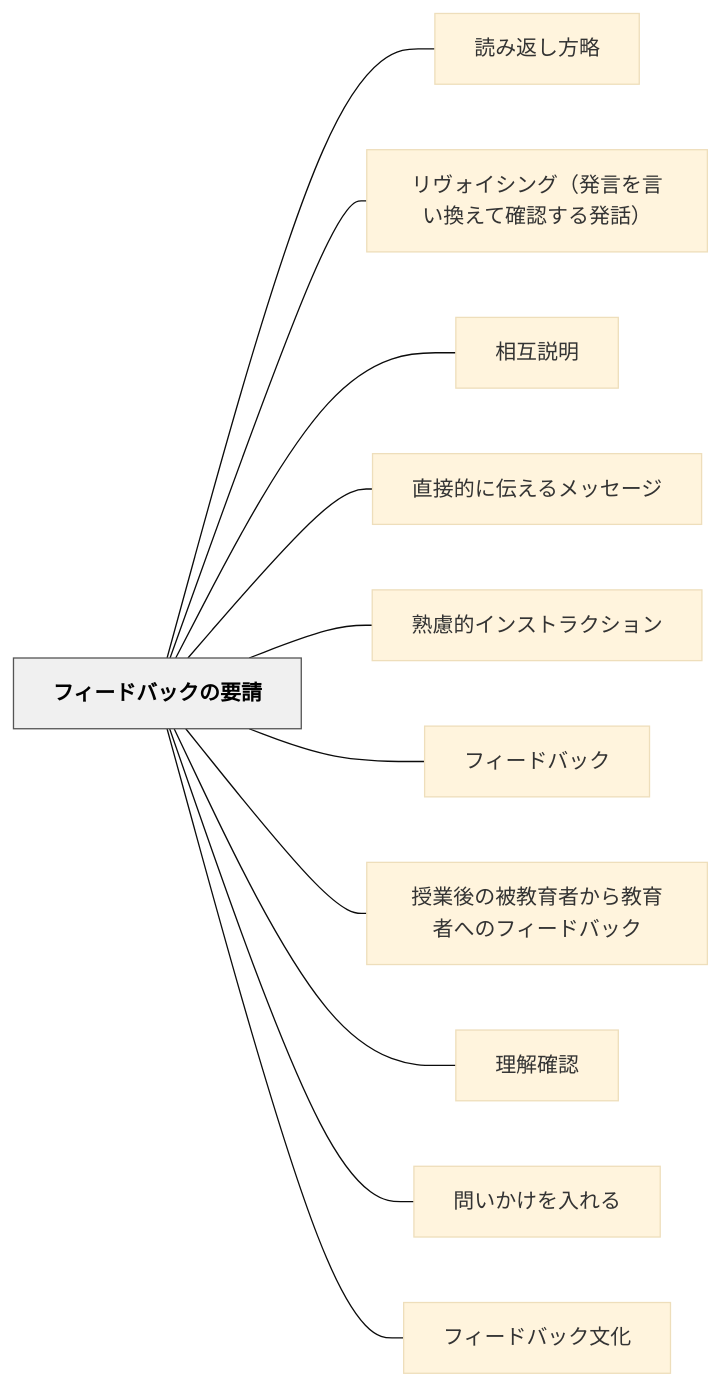
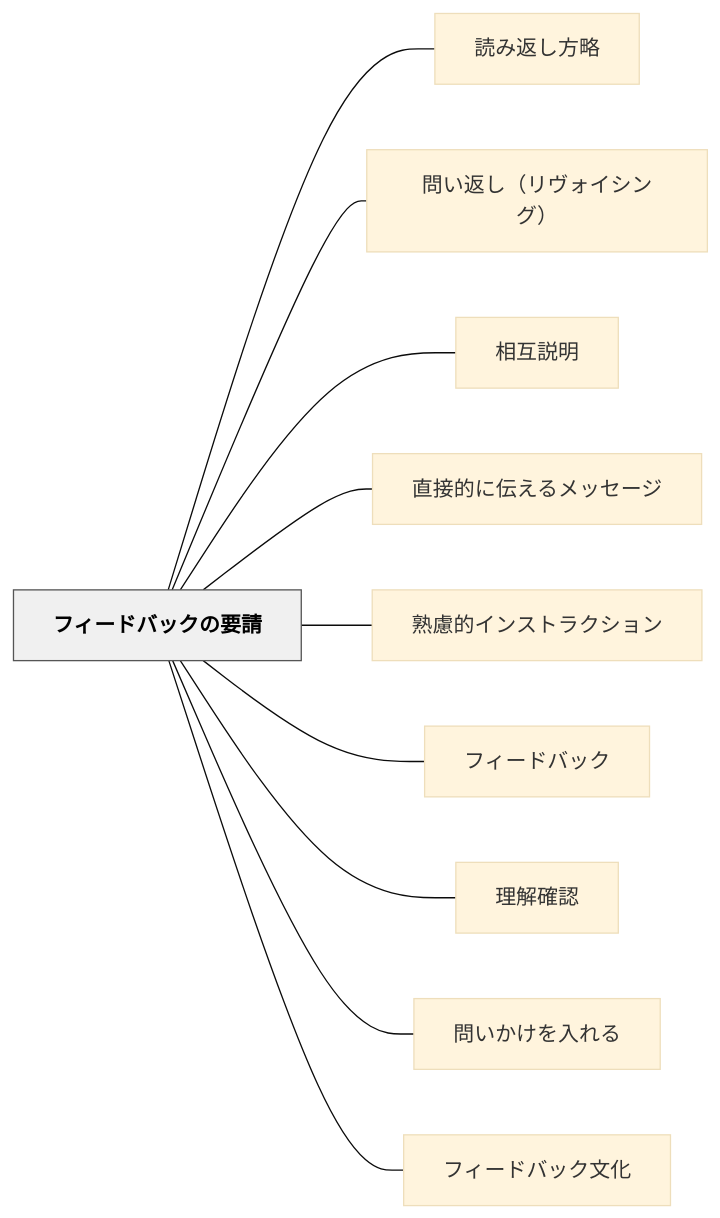
Before and after one commit to unknownthings-ed-patterns/unknownthings-ed-patterns: the diagram in content/パタン/フィードバックの要請.md, drawn with Mermaid (base theme). The commit also changed other lines of this file and 32 other files, not shown here.

````diff
--- a/content/パタン/フィードバックの要請.md
+++ b/content/パタン/フィードバックの要請.md
@@ -74,28 +74,26 @@
 ```mermaid
 flowchart LR
     ne38395e382a3e383bce38389e38390e38383e382afe381aee8a681e8ab8b["フィードバックの要請"]
     ne8aaade381bfe8bf94e38197e696b9e795a5["読み返し方略"]
-    ne383aae383b4e382a9e382a4e382b7e383b3e382b0efbc88e799bae8a880e38292e8a880e38184e68f9be38188e381a6e7a2bae8aa8de38199e3828be799bae8a9b1efbc89["リヴォイシング（発言を言い換えて確認する発話）"]
+    ne5958fe38184e8bf94e38197efbc88e383aae383b4e382a9e382a4e382b7e383b3e382b0efbc89["問い返し（リヴォイシング）"]
     ne79bb8e4ba92e8aaace6988e["相互説明"]
     ne79bb4e68ea5e79a84e381abe4bc9de38188e3828be383a1e38383e382bbe383bce382b8["直接的に伝えるメッセージ"]
     ne7869fe685aee79a84e382a4e383b3e382b9e38388e383a9e382afe382b7e383a7e383b3["熟慮的インストラクション"]
     ne38395e382a3e383bce38389e38390e38383e382af["フィードバック"]
-    ne68e88e6a5ade5be8ce381aee8a2abe69599e882b2e88085e3818be38289e69599e882b2e88085e381b8e381aee38395e382a3e383bce38389e38390e38383e382af["授業後の被教育者から教育者へのフィードバック"]
     ne79086e8a7a3e7a2bae8aa8d["理解確認"]
     ne5958fe38184e3818be38191e38292e585a5e3828ce3828b["問いかけを入れる"]
     ne38395e382a3e383bce38389e38390e38383e382afe69687e58c96["フィードバック文化"]
 
     ne38395e382a3e383bce38389e38390e38383e382afe381aee8a681e8ab8b --- ne8aaade381bfe8bf94e38197e696b9e795a5
-    ne38395e382a3e383bce38389e38390e38383e382afe381aee8a681e8ab8b --- ne383aae383b4e382a9e382a4e382b7e383b3e382b0efbc88e799bae8a880e38292e8a880e38184e68f9be38188e381a6e7a2bae8aa8de38199e3828be799bae8a9b1efbc89
+    ne38395e382a3e383bce38389e38390e38383e382afe381aee8a681e8ab8b --- ne5958fe38184e8bf94e38197efbc88e383aae383b4e382a9e382a4e382b7e383b3e382b0efbc89
     ne38395e382a3e383bce38389e38390e38383e382afe381aee8a681e8ab8b --- ne79bb8e4ba92e8aaace6988e
     ne38395e382a3e383bce38389e38390e38383e382afe381aee8a681e8ab8b --- ne79bb4e68ea5e79a84e381abe4bc9de38188e3828be383a1e38383e382bbe383bce382b8
     ne38395e382a3e383bce38389e38390e38383e382afe381aee8a681e8ab8b --- ne7869fe685aee79a84e382a4e383b3e382b9e38388e383a9e382afe382b7e383a7e383b3
     ne38395e382a3e383bce38389e38390e38383e382afe381aee8a681e8ab8b --- ne38395e382a3e383bce38389e38390e38383e382af
-    ne38395e382a3e383bce38389e38390e38383e382afe381aee8a681e8ab8b --- ne68e88e6a5ade5be8ce381aee8a2abe69599e882b2e88085e3818be38289e69599e882b2e88085e381b8e381aee38395e382a3e383bce38389e38390e38383e382af
     ne38395e382a3e383bce38389e38390e38383e382afe381aee8a681e8ab8b --- ne79086e8a7a3e7a2bae8aa8d
     ne38395e382a3e383bce38389e38390e38383e382afe381aee8a681e8ab8b --- ne5958fe38184e3818be38191e38292e585a5e3828ce3828b
     ne38395e382a3e383bce38389e38390e38383e382afe381aee8a681e8ab8b --- ne38395e382a3e383bce38389e38390e38383e382afe69687e58c96
 
     classDef hub fill:#f0f0f0,stroke:#555,color:#000,font-weight:bold
     class ne38395e382a3e383bce38389e38390e38383e382afe381aee8a681e8ab8b hub
 ```
````
